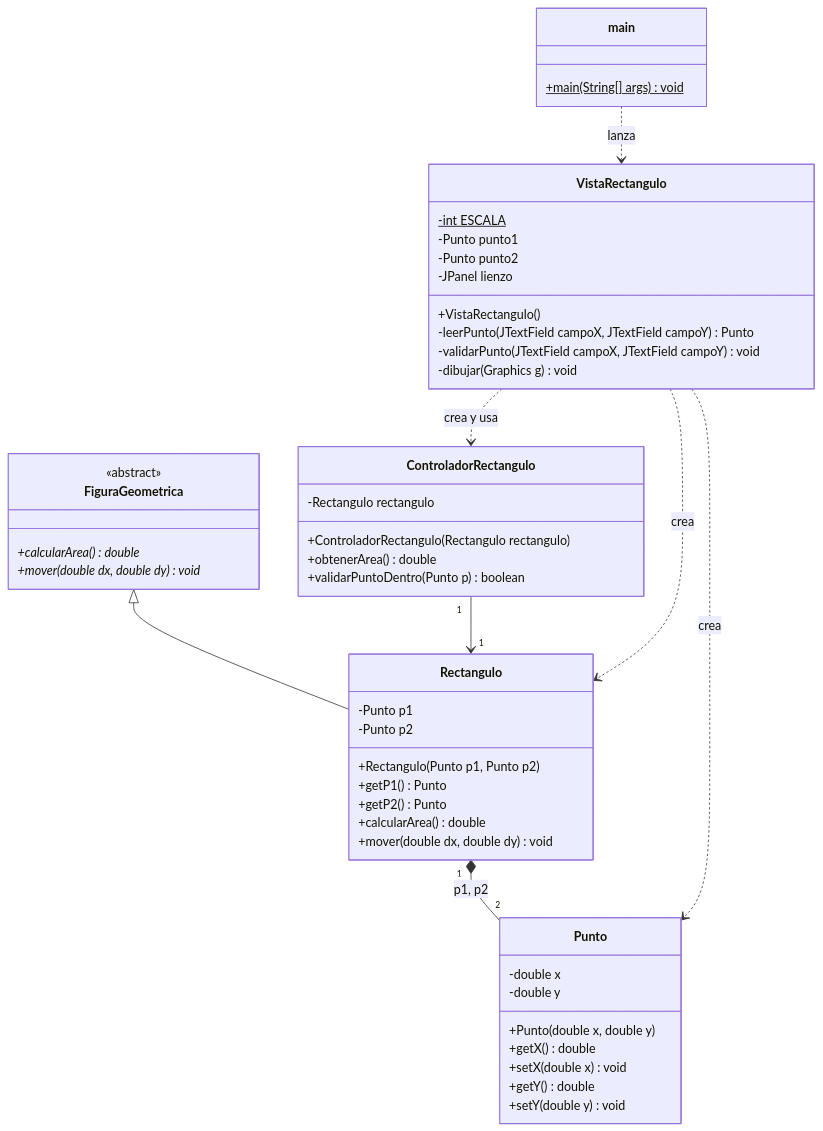
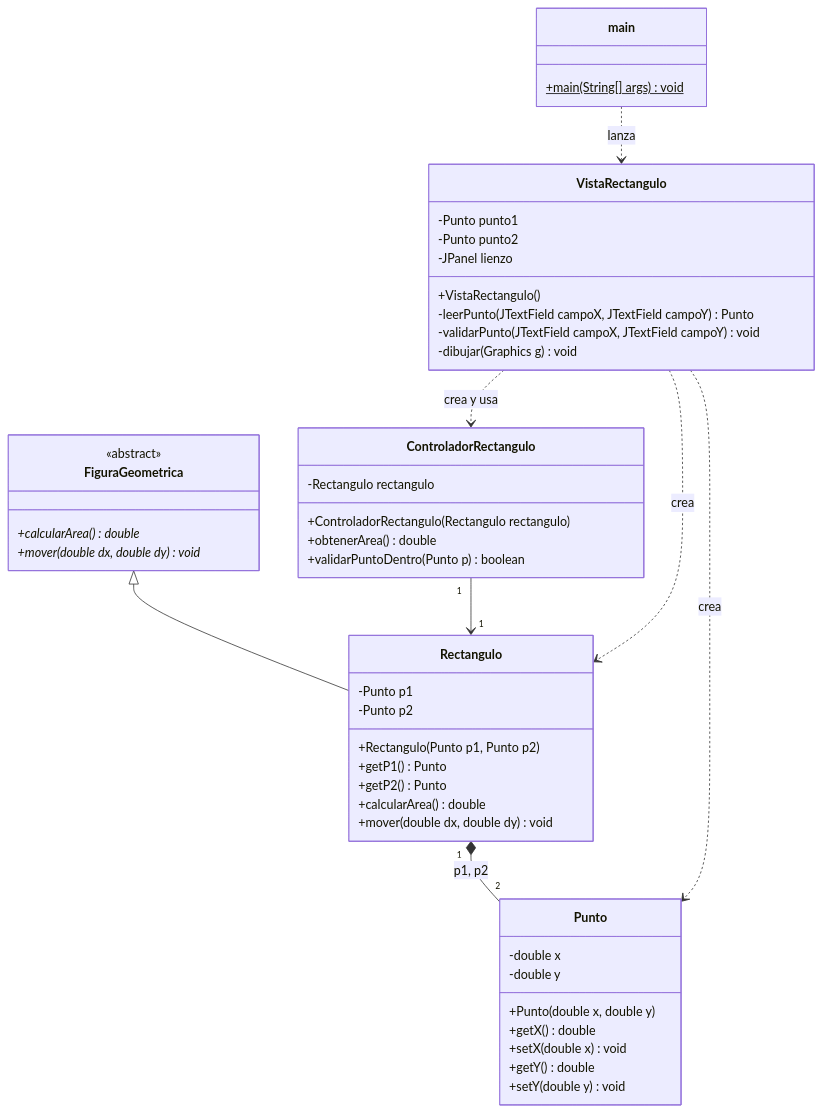
The first of 2 diagrams in README.md (JheffreyUrbano/gestor-figuras), drawn with Mermaid before and after one commit.

Commit message:
Remove ESCALA variable from VistaRectangulo class

````diff
--- a/README.md
+++ b/README.md
@@ -61,58 +61,57 @@
 ```mermaid
 classDiagram
     class Punto {
         -double x
         -double y
         +Punto(double x, double y)
         +getX() double
         +setX(double x) void
         +getY() double
         +setY(double y) void
     }
 
     class FiguraGeometrica {
         <<abstract>>
         +calcularArea() double*
         +mover(double dx, double dy) void*
     }
 
     class Rectangulo {
         -Punto p1
         -Punto p2
         +Rectangulo(Punto p1, Punto p2)
         +getP1() Punto
         +getP2() Punto
         +calcularArea() double
         +mover(double dx, double dy) void
     }
 
     class ControladorRectangulo {
         -Rectangulo rectangulo
         +ControladorRectangulo(Rectangulo rectangulo)
         +obtenerArea() double
         +validarPuntoDentro(Punto p) boolean
     }
 
     class VistaRectangulo {
-        -int ESCALA$
         -Punto punto1
         -Punto punto2
         -JPanel lienzo
         +VistaRectangulo()
         -leerPunto(JTextField campoX, JTextField campoY) Punto
         -validarPunto(JTextField campoX, JTextField campoY) void
         -dibujar(Graphics g) void
     }
 
     class main {
         +main(String[] args)$ void
     }
 
     FiguraGeometrica <|-- Rectangulo
     Rectangulo "1" *-- "2" Punto : p1, p2
     ControladorRectangulo "1" --> "1" Rectangulo
     VistaRectangulo ..> ControladorRectangulo : crea y usa
     VistaRectangulo ..> Rectangulo : crea
     VistaRectangulo ..> Punto : crea
     main ..> VistaRectangulo : lanza
 ```
````
